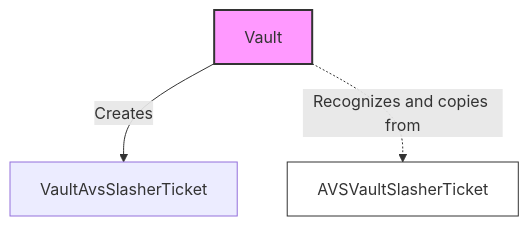
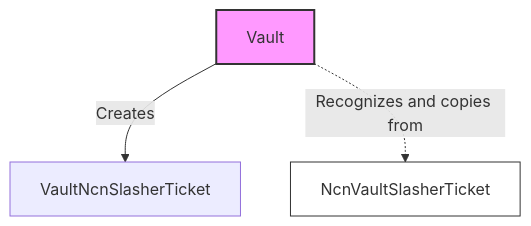
Before and after one commit to jito-foundation/restaking: the third of 4 diagrams in docs/concepts/vault_program.md, drawn with Mermaid. The commit also changed other lines of this file and 61 other files, not shown here.

Commit message:
Rename AVS -> NCN (#25)

````diff
--- a/docs/concepts/vault_program.md
+++ b/docs/concepts/vault_program.md
@@ -78,9 +78,9 @@
 ```mermaid
 graph TD
     classDef main fill: #f9f, stroke: #333, stroke-width: 2px;
     classDef ticket fill: #fff, stroke: #333, stroke-width: 1px;
     Vault[Vault]:::main
-    AvsVaultSlasherTicket[AVSVaultSlasherTicket]:::ticket
-    Vault -->|Creates| VaultAvsSlasherTicket
-    Vault -.->|Recognizes and copies from| AvsVaultSlasherTicket
+    NcnVaultSlasherTicket[NcnVaultSlasherTicket]:::ticket
+    Vault -->|Creates| VaultNcnSlasherTicket
+    Vault -.->|Recognizes and copies from| NcnVaultSlasherTicket
 ```
````
